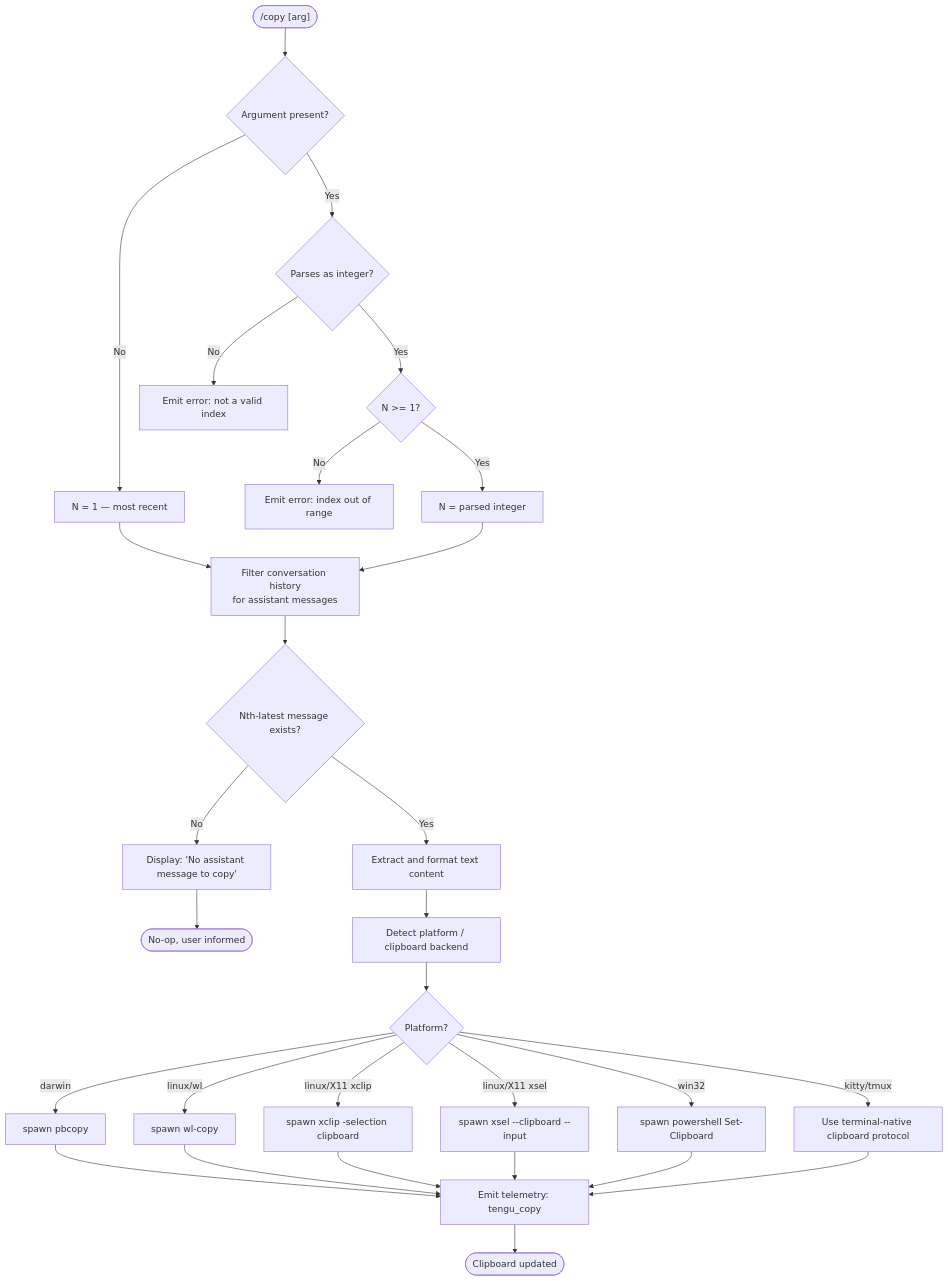
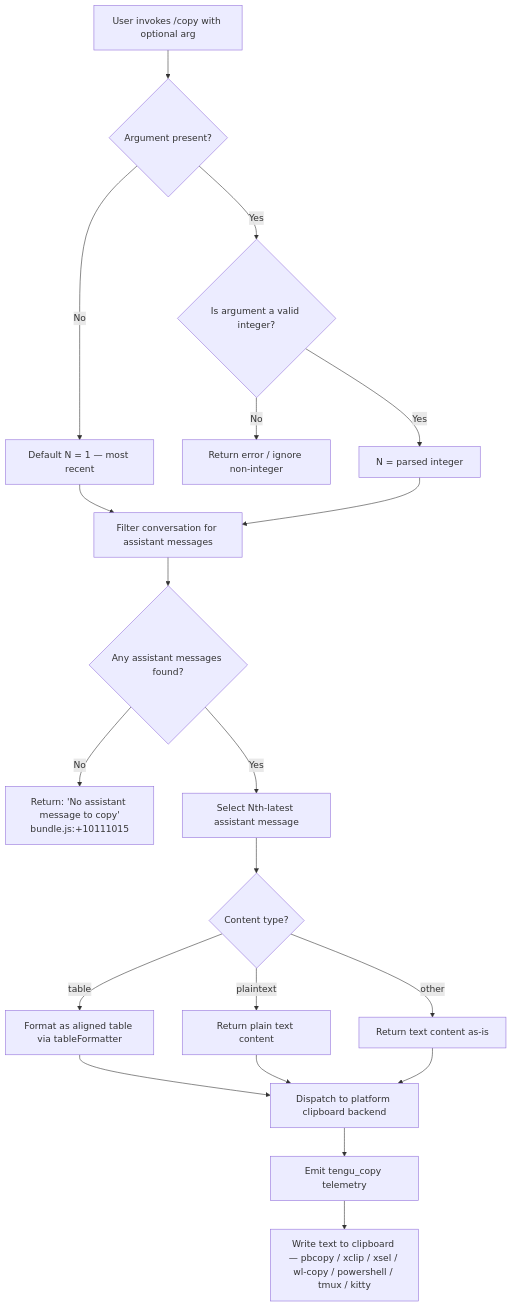
Before and after one commit to MyLittleLuckyDog/cc-gnothi: the diagram in versions/v2.1.143/copy.md, drawn with Mermaid. The commit also changed other lines of this file and 483 other files, not shown here.

````diff
--- a/versions/v2.1.143/copy.md
+++ b/versions/v2.1.143/copy.md
@@ -45,26 +54,22 @@
 ```mermaid
 flowchart TD
-    A(["/copy [arg]"]) --> B{Argument present?}
-    B -- No --> C[N = 1  — most recent]
-    B -- Yes --> D{Parses as integer?}
-    D -- No --> E[Emit error: not a valid index]
-    D -- Yes --> F{N >= 1?}
-    F -- No --> G[Emit error: index out of range]
-    F -- Yes --> H[N = parsed integer]
-    C --> I[Filter conversation history\nfor assistant messages]
-    H --> I
-    I --> J{Nth-latest message exists?}
-    J -- No --> K["Display: 'No assistant message to copy'"]
-    J -- Yes --> L[Extract and format text content]
-    L --> M[Detect platform / clipboard backend]
-    M --> N{Platform?}
-    N -- darwin --> O[spawn pbcopy]
-    N -- linux/wl --> P[spawn wl-copy]
-    N -- linux/X11 xclip --> Q[spawn xclip -selection clipboard]
-    N -- linux/X11 xsel --> R[spawn xsel --clipboard --input]
-    N -- win32 --> S[spawn powershell Set-Clipboard]
-    N -- kitty/tmux --> T[Use terminal-native clipboard protocol]
-    O & P & Q & R & S & T --> U[Emit telemetry: tengu_copy]
-    U --> V([Clipboard updated])
-    K --> W([No-op, user informed])
+    A[User invokes /copy with optional arg] --> B{Argument present?}
+    B -- No --> C[Default N = 1 — most recent]
+    B -- Yes --> D{Is argument a valid integer?}
+    D -- No --> E[Return error / ignore non-integer]
+    D -- Yes --> F[N = parsed integer]
+    C --> G[Filter conversation for assistant messages]
+    F --> G
+    G --> H{Any assistant messages found?}
+    H -- No --> I[Return: 'No assistant message to copy'\nbundle.js:+10111015]
+    H -- Yes --> J[Select Nth-latest assistant message]
+    J --> K{Content type?}
+    K -- table --> L[Format as aligned table via tableFormatter]
+    K -- plaintext --> M[Return plain text content]
+    K -- other --> N[Return text content as-is]
+    L --> O[Dispatch to platform clipboard backend]
+    M --> O
+    N --> O
+    O --> P[Emit tengu_copy telemetry]
+    P --> Q[Write text to clipboard — pbcopy / xclip / xsel / wl-copy / powershell / tmux / kitty]
 ```
````
